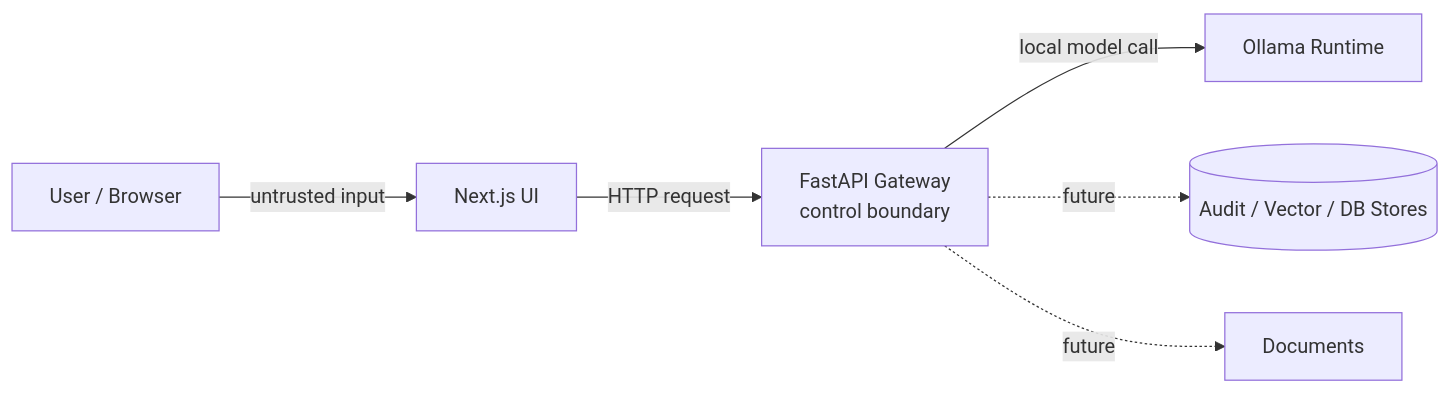
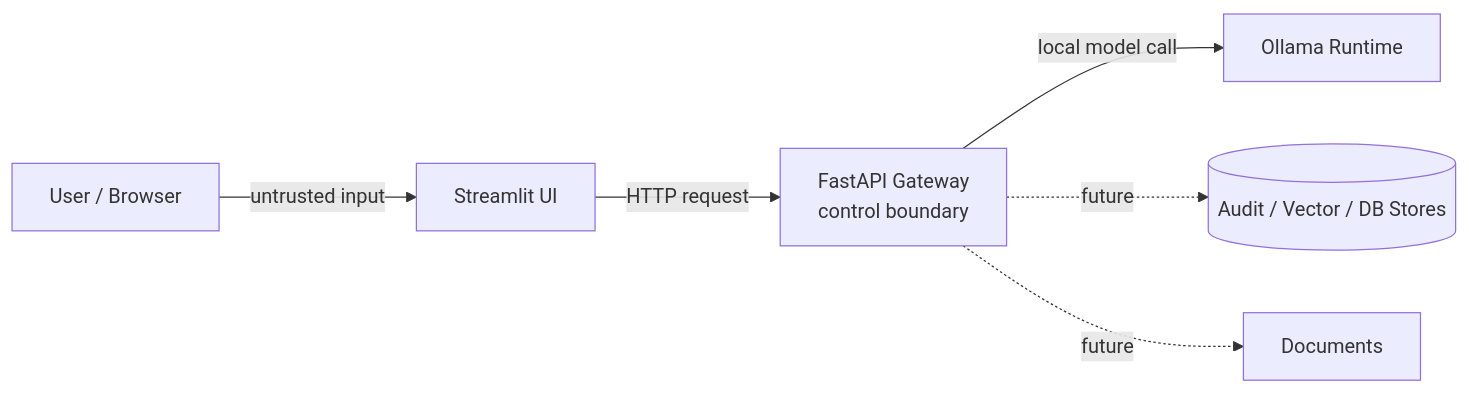
One commit to omcs-i-a/closed-llm-platform changed the diagram in docs/threat-model.md. Above: the diagram before and after it, drawn with Mermaid. The commit also changed other lines of this file and 22 other files, not shown here.

````diff
--- a/docs/threat-model.md
+++ b/docs/threat-model.md
@@ -73,8 +73,8 @@
 ```mermaid
 flowchart LR
-  User[User / Browser] -->|untrusted input| UI[Next.js UI]
+  User[User / Browser] -->|untrusted input| UI[Streamlit UI]
   UI -->|HTTP request| API[FastAPI Gateway\ncontrol boundary]
   API -->|local model call| Ollama[Ollama Runtime]
   API -. future .-> Store[(Audit / Vector / DB Stores)]
   API -. future .-> Docs[Documents]
 ```
````
